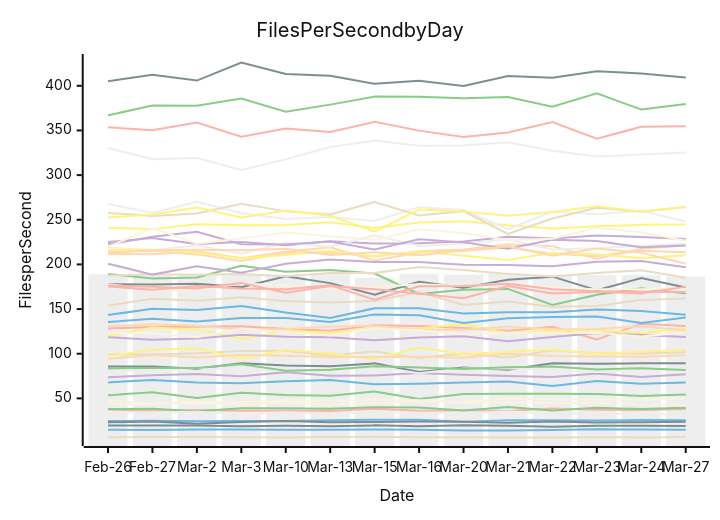
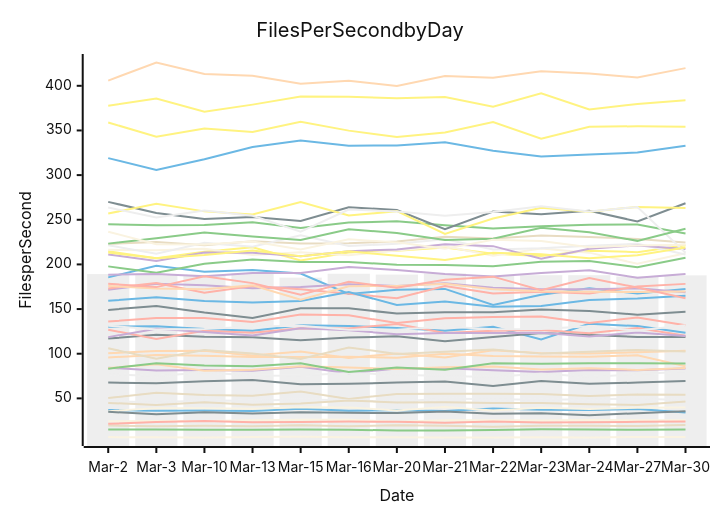
The diagram in perf-report.md (streetsidesoftware/cspell), drawn with Mermaid (neutral theme) before and after one commit. The commit also changed other lines of this file and 2 other files, not shown here.

````diff
--- a/perf-report.md
+++ b/perf-report.md
@@ -11,57 +11,57 @@
 ```mermaid
 xychart-beta
     title Files Per Second by Day
     y-axis Files per Second
-    x-axis Date [Feb-26, Feb-27, Mar-2, Mar-3, Mar-10, Mar-13, Mar-15, Mar-16, Mar-20, Mar-21, Mar-22, Mar-23, Mar-24, Mar-27]
-    bar [188.86, 187.47, 189.15, 187.99, 188.38, 189.98, 185.21, 189.57, 188.63, 189.87, 187.45, 187.93, 187.93, 186.35]
-    line [14.98, 14.69, 15.09, 15.05, 14.93, 14.92, 15.23, 14.84, 14.06, 13.99, 14.45, 15.39, 15.15, 14.76]
-    line [366.95, 377.92, 377.66, 385.69, 370.91, 378.91, 387.90, 387.80, 386.06, 387.41, 376.59, 391.51, 373.44, 379.72]
-    line [73.75, 75.77, 77.40, 74.68, 79.36, 75.39, 75.58, 78.40, 76.58, 74.92, 73.83, 77.77, 74.02, 77.10]
-    line [99.09, 99.19, 100.48, 103.18, 103.33, 98.05, 102.55, 95.32, 100.34, 95.68, 103.94, 100.49, 100.37, 101.61]
-    line [128.31, 129.87, 130.27, 130.71, 127.81, 125.76, 132.01, 131.14, 128.67, 125.67, 130.11, 116.06, 133.46, 130.91]
-    line [119.96, 129.35, 126.96, 116.50, 125.61, 123.50, 128.64, 128.22, 133.34, 123.28, 125.66, 126.65, 122.93, 128.82]
-    line [85.68, 85.69, 83.26, 89.40, 86.73, 86.09, 89.20, 79.46, 84.64, 82.02, 89.37, 88.80, 89.20, 89.35]
-    line [214.22, 215.21, 211.23, 203.79, 213.30, 213.00, 209.05, 214.75, 216.78, 222.67, 220.47, 206.28, 217.42, 221.24]
-    line [43.86, 43.58, 44.95, 42.68, 45.79, 43.00, 44.30, 47.55, 45.42, 45.55, 44.76, 44.94, 43.55, 42.67]
-    line [81.93, 80.10, 84.29, 81.35, 81.66, 80.93, 85.41, 78.19, 83.51, 83.81, 81.43, 79.47, 81.70, 81.36]
-    line [24.62, 25.06, 24.45, 24.76, 24.74, 25.60, 26.18, 25.98, 23.83, 25.61, 25.64, 25.22, 25.67, 25.63]
-    line [189.34, 184.31, 185.47, 198.42, 191.68, 193.62, 189.84, 166.89, 171.60, 172.56, 154.71, 166.00, 173.35, 167.42]
-    line [225.02, 229.69, 222.82, 225.14, 221.56, 225.82, 223.33, 223.62, 225.78, 230.86, 229.00, 232.44, 230.81, 228.49]
-    line [6.44, 6.78, 6.62, 6.55, 6.32, 6.79, 7.12, 6.59, 6.35, 6.19, 6.26, 6.60, 6.25, 6.74]
-    line [37.66, 35.60, 37.02, 36.08, 36.38, 35.91, 38.37, 36.25, 36.61, 35.87, 38.67, 37.37, 36.99, 37.97]
-    line [97.11, 104.32, 106.04, 94.30, 104.19, 100.36, 94.07, 106.95, 99.82, 102.15, 104.63, 100.11, 102.26, 104.28]
-    line [177.93, 177.54, 178.41, 174.58, 186.65, 179.06, 166.05, 180.55, 173.75, 182.92, 186.30, 171.18, 184.68, 174.16]
-    line [211.79, 211.44, 214.66, 206.78, 214.22, 219.20, 204.44, 213.42, 215.32, 218.95, 211.96, 209.30, 215.41, 213.73]
-    line [177.93, 171.71, 171.61, 178.31, 176.56, 173.19, 174.63, 177.66, 175.92, 178.79, 174.01, 172.30, 172.16, 173.35]
-    line [218.81, 215.75, 221.50, 212.02, 224.11, 219.75, 232.68, 220.52, 223.12, 228.15, 216.79, 218.07, 220.91, 223.03]
-    line [143.30, 150.41, 149.07, 153.47, 146.06, 140.05, 150.95, 150.81, 144.94, 146.39, 146.52, 149.65, 147.78, 143.68]
-    line [83.59, 84.08, 83.89, 88.30, 81.02, 82.11, 85.90, 84.63, 82.99, 84.87, 85.57, 82.40, 83.84, 81.84]
-    line [222.46, 230.96, 236.51, 222.64, 222.38, 225.56, 216.60, 228.18, 224.68, 217.69, 227.52, 226.28, 219.14, 221.19]
-    line [187.50, 189.10, 188.54, 189.19, 186.81, 190.52, 190.26, 197.02, 193.75, 189.15, 186.42, 190.28, 193.49, 184.99]
-    line [353.61, 350.32, 358.90, 343.06, 352.21, 348.39, 359.59, 349.81, 342.75, 347.71, 359.34, 340.76, 354.09, 354.69]
-    line [240.98, 239.52, 244.96, 243.99, 244.22, 247.23, 240.74, 246.80, 248.37, 243.77, 240.29, 242.61, 244.28, 244.79]
-    line [23.19, 24.07, 21.50, 23.56, 24.56, 23.16, 23.57, 24.07, 23.83, 22.72, 24.07, 23.01, 23.19, 23.80]
-    line [94.30, 98.50, 95.82, 98.55, 97.82, 96.22, 96.21, 96.60, 95.61, 100.00, 97.34, 96.90, 96.73, 98.18]
-    line [219.75, 240.64, 223.28, 229.19, 235.85, 231.18, 227.46, 239.47, 235.22, 227.41, 228.79, 241.01, 235.98, 226.38]
-    line [330.45, 317.84, 319.02, 305.87, 317.67, 331.44, 338.69, 332.97, 333.24, 336.87, 327.34, 320.84, 322.94, 325.27]
-    line [135.42, 139.26, 136.06, 139.99, 140.01, 135.63, 143.93, 142.95, 134.36, 139.82, 141.15, 141.79, 134.53, 140.55]
-    line [38.02, 38.35, 35.65, 38.90, 38.99, 38.46, 40.13, 39.77, 36.42, 40.38, 36.50, 39.38, 38.08, 39.48]
-    line [118.53, 115.70, 116.93, 121.24, 118.95, 118.40, 114.99, 118.14, 119.47, 113.95, 118.70, 123.16, 121.00, 118.77]
-    line [153.79, 161.66, 159.28, 163.36, 159.01, 157.48, 159.10, 169.05, 154.54, 158.47, 152.54, 153.40, 160.13, 161.83]
-    line [176.50, 175.06, 173.05, 179.29, 168.17, 175.84, 172.23, 167.20, 162.09, 175.73, 167.53, 169.26, 167.37, 175.14]
-    line [215.98, 216.39, 213.20, 207.00, 210.46, 215.67, 209.05, 214.60, 209.59, 204.82, 212.94, 211.50, 207.03, 210.21]
-    line [405.05, 412.32, 405.86, 426.09, 413.29, 411.20, 402.18, 405.65, 399.88, 410.92, 409.10, 416.42, 413.72, 409.38]
-    line [131.00, 133.00, 131.45, 127.22, 127.60, 130.54, 131.20, 126.76, 126.98, 130.36, 127.52, 127.75, 130.81, 125.94]
-    line [123.31, 123.27, 118.58, 127.90, 124.38, 120.45, 128.40, 126.26, 121.85, 123.29, 123.31, 123.57, 119.37, 123.63]
-    line [267.57, 257.62, 270.01, 257.62, 250.97, 253.10, 248.68, 263.99, 260.91, 239.46, 259.16, 256.10, 260.18, 248.06]
-    line [67.89, 70.56, 67.78, 66.98, 69.18, 70.51, 65.83, 66.30, 67.73, 68.98, 63.91, 69.35, 66.34, 67.66]
-    line [53.55, 56.91, 50.34, 56.33, 53.77, 52.96, 57.64, 49.40, 55.01, 55.07, 55.14, 54.97, 52.69, 54.36]
-    line [200.84, 188.59, 197.81, 190.62, 200.86, 205.50, 202.63, 202.69, 199.56, 199.40, 197.96, 202.91, 203.92, 196.82]
-    line [257.65, 254.22, 257.02, 267.92, 259.39, 256.02, 269.97, 254.79, 259.65, 234.19, 251.38, 263.45, 259.03, 264.42]
-    line [175.27, 171.69, 175.82, 173.02, 172.27, 176.52, 160.55, 175.49, 175.91, 178.24, 172.29, 170.07, 169.37, 169.09]
-    line [252.54, 255.82, 263.63, 252.65, 260.43, 254.55, 236.73, 261.47, 259.22, 254.59, 258.80, 265.17, 259.19, 264.34]
-    line [19.60, 19.60, 19.63, 18.78, 19.22, 18.67, 19.78, 18.71, 19.79, 19.47, 18.35, 19.30, 19.37, 19.08]
-    line [212.86, 215.99, 216.40, 215.81, 217.40, 210.64, 213.63, 210.38, 215.44, 220.20, 209.66, 217.73, 213.19, 200.65]
-    line [47.91, 43.77, 46.60, 45.68, 47.70, 47.47, 48.64, 47.90, 46.22, 49.72, 49.15, 48.47, 48.92, 49.74]
-    line [33.98, 34.43, 34.99, 32.10, 34.36, 33.03, 34.53, 33.80, 33.49, 35.23, 32.80, 33.41, 31.17, 33.44]
+    x-axis Date [Mar-2, Mar-3, Mar-10, Mar-13, Mar-15, Mar-16, Mar-20, Mar-21, Mar-22, Mar-23, Mar-24, Mar-27, Mar-30]
+    bar [189.15, 187.99, 188.38, 189.98, 185.21, 189.57, 188.63, 189.87, 187.45, 187.93, 187.93, 186.35, 187.76]
+    line [130.27, 130.71, 127.81, 125.76, 132.01, 131.14, 128.67, 125.67, 130.11, 116.06, 133.46, 130.91, 123.60]
+    line [15.09, 15.05, 14.93, 14.92, 15.23, 14.84, 14.06, 13.99, 14.45, 15.39, 15.15, 14.76, 15.09]
+    line [84.29, 81.35, 81.66, 80.93, 85.41, 78.19, 83.51, 83.81, 81.43, 79.47, 81.70, 81.36, 83.52]
+    line [19.63, 18.78, 19.22, 18.67, 19.78, 18.71, 19.79, 19.47, 18.35, 19.30, 19.37, 19.08, 20.24]
+    line [136.06, 139.99, 140.01, 135.63, 143.93, 142.95, 134.36, 139.82, 141.15, 141.79, 134.53, 140.55, 131.92]
+    line [214.66, 206.78, 214.22, 219.20, 204.44, 213.42, 215.32, 218.95, 211.96, 209.30, 215.41, 213.73, 221.33]
+    line [116.93, 121.24, 118.95, 118.40, 114.99, 118.14, 119.47, 113.95, 118.70, 123.16, 121.00, 118.77, 118.73]
+    line [100.48, 103.18, 103.33, 98.05, 102.55, 95.32, 100.34, 95.68, 103.94, 100.49, 100.37, 101.61, 103.40]
+    line [216.40, 215.81, 217.40, 210.64, 213.63, 210.38, 215.44, 220.20, 209.66, 217.73, 213.19, 200.65, 212.46]
+    line [77.40, 74.68, 79.36, 75.39, 75.58, 78.40, 76.58, 74.92, 73.83, 77.77, 74.02, 77.10, 80.05]
+    line [185.47, 198.42, 191.68, 193.62, 189.84, 166.89, 171.60, 172.56, 154.71, 166.00, 173.35, 167.42, 172.41]
+    line [244.96, 243.99, 244.22, 247.23, 240.74, 246.80, 248.37, 243.77, 240.29, 242.61, 244.28, 244.79, 234.66]
+    line [171.61, 178.31, 176.56, 173.19, 174.63, 177.66, 175.92, 178.79, 174.01, 172.30, 172.16, 173.35, 168.71]
+    line [222.82, 225.14, 221.56, 225.82, 223.33, 223.62, 225.78, 230.86, 229.00, 232.44, 230.81, 228.49, 224.57]
+    line [173.05, 179.29, 168.17, 175.84, 172.23, 167.20, 162.09, 175.73, 167.53, 169.26, 167.37, 175.14, 178.21]
+    line [377.66, 385.69, 370.91, 378.91, 387.90, 387.80, 386.06, 387.41, 376.59, 391.51, 373.44, 379.72, 383.86]
+    line [270.01, 257.62, 250.97, 253.10, 248.68, 263.99, 260.91, 239.46, 259.16, 256.10, 260.18, 248.06, 268.44]
+    line [83.89, 88.30, 81.02, 82.11, 85.90, 84.63, 82.99, 84.87, 85.57, 82.40, 83.84, 81.84, 84.15]
+    line [24.45, 24.76, 24.74, 25.60, 26.18, 25.98, 23.83, 25.61, 25.64, 25.22, 25.67, 25.63, 25.48]
+    line [221.50, 212.02, 224.11, 219.75, 232.68, 220.52, 223.12, 228.15, 216.79, 218.07, 220.91, 223.03, 211.08]
+    line [37.02, 36.08, 36.38, 35.91, 38.37, 36.25, 36.61, 35.87, 38.67, 37.37, 36.99, 37.97, 34.18]
+    line [197.81, 190.62, 200.86, 205.50, 202.63, 202.69, 199.56, 199.40, 197.96, 202.91, 203.92, 196.82, 207.41]
+    line [211.23, 203.79, 213.30, 213.00, 209.05, 214.75, 216.78, 222.67, 220.47, 206.28, 217.42, 221.24, 217.16]
+    line [50.34, 56.33, 53.77, 52.96, 57.64, 49.40, 55.01, 55.07, 55.14, 54.97, 52.69, 54.36, 53.99]
+    line [21.50, 23.56, 24.56, 23.16, 23.57, 24.07, 23.83, 22.72, 24.07, 23.01, 23.19, 23.80, 24.15]
+    line [257.02, 267.92, 259.39, 256.02, 269.97, 254.79, 259.65, 234.19, 251.38, 263.45, 259.03, 264.42, 263.18]
+    line [149.07, 153.47, 146.06, 140.05, 150.95, 150.81, 144.94, 146.39, 146.52, 149.65, 147.78, 143.68, 146.96]
+    line [95.82, 98.55, 97.82, 96.22, 96.21, 96.60, 95.61, 100.00, 97.34, 96.90, 96.73, 98.18, 86.03]
+    line [6.62, 6.55, 6.32, 6.79, 7.12, 6.59, 6.35, 6.19, 6.26, 6.60, 6.25, 6.74, 6.72]
+    line [46.60, 45.68, 47.70, 47.47, 48.64, 47.90, 46.22, 49.72, 49.15, 48.47, 48.92, 49.74, 47.94]
+    line [159.28, 163.36, 159.01, 157.48, 159.10, 169.05, 154.54, 158.47, 152.54, 153.40, 160.13, 161.83, 164.90]
+    line [83.26, 89.40, 86.73, 86.09, 89.20, 79.46, 84.64, 82.02, 89.37, 88.80, 89.20, 89.35, 89.09]
+    line [188.54, 189.19, 186.81, 190.52, 190.26, 197.02, 193.75, 189.15, 186.42, 190.28, 193.49, 184.99, 189.27]
+    line [44.95, 42.68, 45.79, 43.00, 44.30, 47.55, 45.42, 45.55, 44.76, 44.94, 43.55, 42.67, 46.57]
+    line [126.96, 116.50, 125.61, 123.50, 128.64, 128.22, 133.34, 123.28, 125.66, 126.65, 122.93, 128.82, 120.11]
+    line [358.90, 343.06, 352.21, 348.39, 359.59, 349.81, 342.75, 347.71, 359.34, 340.76, 354.09, 354.69, 354.23]
+    line [67.78, 66.98, 69.18, 70.51, 65.83, 66.30, 67.73, 68.98, 63.91, 69.35, 66.34, 67.66, 69.45]
+    line [175.82, 173.02, 172.27, 176.52, 160.55, 175.49, 175.91, 178.24, 172.29, 170.07, 169.37, 169.09, 169.66]
+    line [35.65, 38.90, 38.99, 38.46, 40.13, 39.77, 36.42, 40.38, 36.50, 39.38, 38.08, 39.48, 39.89]
+    line [263.63, 252.65, 260.43, 254.55, 236.73, 261.47, 259.22, 254.59, 258.80, 265.17, 259.19, 264.34, 213.09]
+    line [319.02, 305.87, 317.67, 331.44, 338.69, 332.97, 333.24, 336.87, 327.34, 320.84, 322.94, 325.27, 332.92]
+    line [223.28, 229.19, 235.85, 231.18, 227.46, 239.47, 235.22, 227.41, 228.79, 241.01, 235.98, 226.38, 239.99]
+    line [118.58, 127.90, 124.38, 120.45, 128.40, 126.26, 121.85, 123.29, 123.31, 123.57, 119.37, 123.63, 119.80]
+    line [106.04, 94.30, 104.19, 100.36, 94.07, 106.95, 99.82, 102.15, 104.63, 100.11, 102.26, 104.28, 102.56]
+    line [178.41, 174.58, 186.65, 179.06, 166.05, 180.55, 173.75, 182.92, 186.30, 171.18, 184.68, 174.16, 162.11]
+    line [213.20, 207.00, 210.46, 215.67, 209.05, 214.60, 209.59, 204.82, 212.94, 211.50, 207.03, 210.21, 218.94]
+    line [34.99, 32.10, 34.36, 33.03, 34.53, 33.80, 33.49, 35.23, 32.80, 33.41, 31.17, 33.44, 35.46]
+    line [405.86, 426.09, 413.29, 411.20, 402.18, 405.65, 399.88, 410.92, 409.10, 416.42, 413.72, 409.38, 419.79]
+    line [236.51, 222.64, 222.38, 225.56, 216.60, 228.18, 224.68, 217.69, 227.52, 226.28, 219.14, 221.19, 222.09]
+    line [131.45, 127.22, 127.60, 130.54, 131.20, 126.76, 126.98, 130.36, 127.52, 127.75, 130.81, 125.94, 131.90]
 ```
````
